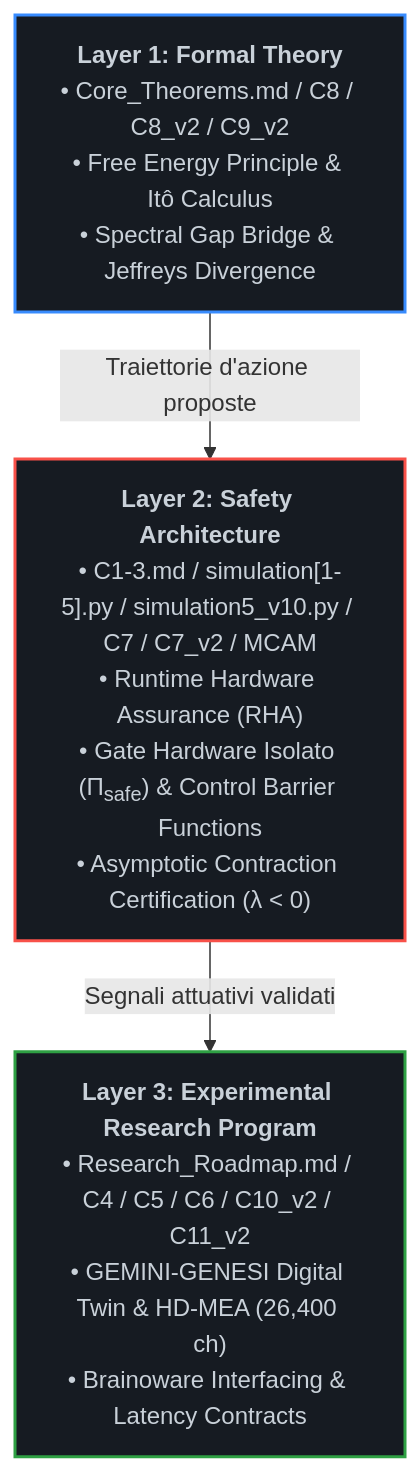
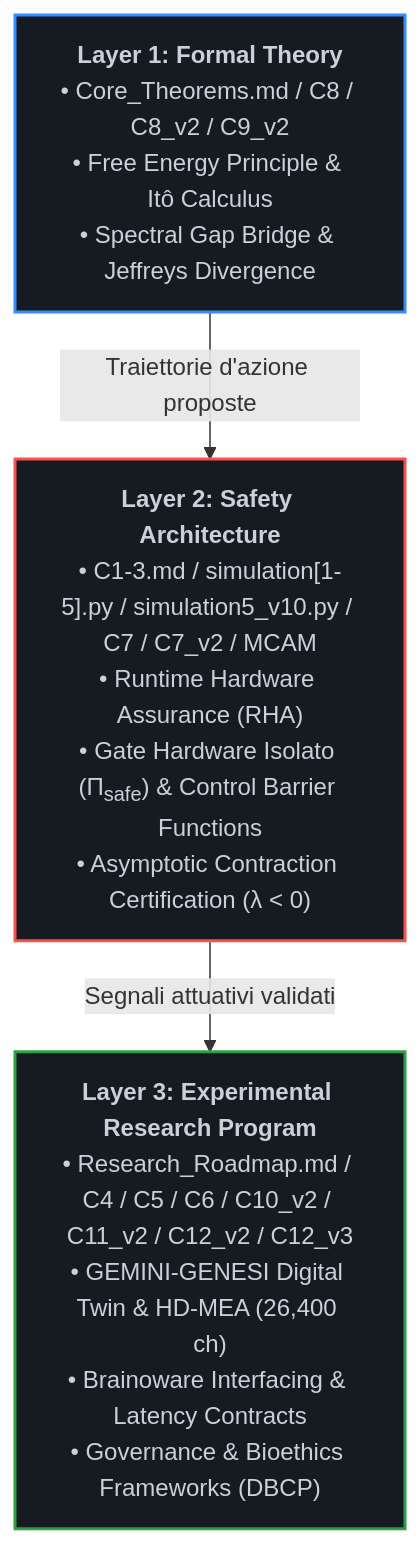
The diagram in README.md (NagualTolteco/asi-alignment-invariant), drawn with Mermaid before and after one commit. The commit also changed other lines of this file and 2 other files, not shown here.

````diff
--- a/README.md
+++ b/README.md
@@ -36,16 +36,16 @@
 ```mermaid
 graph TD
     %% Definizione dei nodi con formattazione HTML compatibile con GitHub Mermaid
     L1["<b>Layer 1: Formal Theory</b><br>• Core_Theorems.md / C8 / C8_v2 / C9_v2<br>• Free Energy Principle & Itô Calculus<br>• Spectral Gap Bridge & Jeffreys Divergence"]
     L2["<b>Layer 2: Safety Architecture</b><br>• C1-3.md / simulation[1-5].py / simulation5_v10.py / C7 / C7_v2 / MCAM<br>• Runtime Hardware Assurance (RHA)<br>• Gate Hardware Isolato (Π<sub>safe</sub>) & Control Barrier Functions<br>• Asymptotic Contraction Certification (λ < 0)"]
-    L3["<b>Layer 3: Experimental Research Program</b><br>• Research_Roadmap.md / C4 / C5 / C6 / C10_v2 / C11_v2<br>• GEMINI-GENESI Digital Twin & HD-MEA (26,400 ch)<br>• Brainoware Interfacing & Latency Contracts"]
+    L3["<b>Layer 3: Experimental Research Program</b><br>• Research_Roadmap.md / C4 / C5 / C6 / C10_v2 / C11_v2 / C12_v2 / C12_v3<br>• GEMINI-GENESI Digital Twin & HD-MEA (26,400 ch)<br>• Brainoware Interfacing & Latency Contracts<br>• Governance & Bioethics Frameworks (DBCP)"]
 
     %% Flusso unidirezionale dei segnali
     L1 -->|Traiettorie d'azione proposte| L2
     L2 -->|Segnali attuativi validati| L3
 
     %% Stile industriale scuro con bordi tematici (Blu = Teoria, Rosso = Sicurezza/Gate, Verde = Biologia)
     style L1 fill:#161b22,stroke:#388bfd,stroke-width:2px,color:#c9d1d9
     style L2 fill:#161b22,stroke:#f85149,stroke-width:2px,color:#c9d1d9
     style L3 fill:#161b22,stroke:#2ea043,stroke-width:2px,color:#c9d1d9
 ```
````
